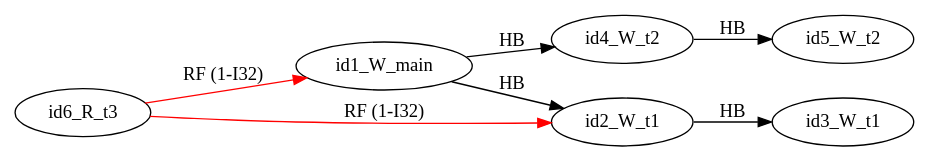
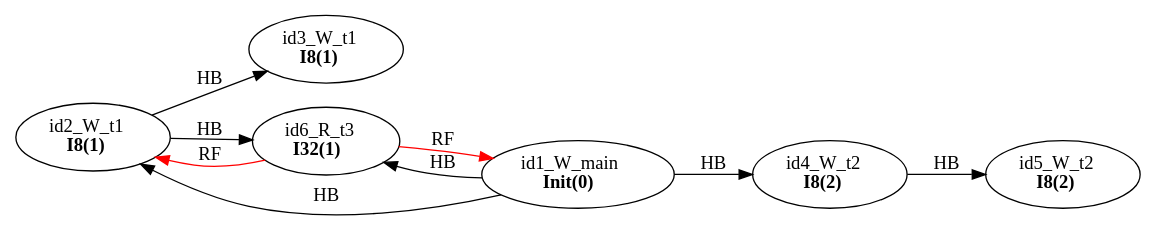
The diagram in examples/single_var/sv_simple11/mm2.dot (FMJS/EMME), drawn with Graphviz before and after one commit. The commit also changed 242 other files, not shown here.

```diff
--- a/examples/single_var/sv_simple11/mm2.dot
+++ b/examples/single_var/sv_simple11/mm2.dot
@@ -1,16 +1,18 @@
 digraph memory_model {
 rankdir=LR;
 splines=true; esep=0.5;
-id6_R_t3 -> id1_W_main [label = "RF (1-I32)", color="red"];
-id6_R_t3 -> id2_W_t1 [label = "RF (1-I32)", color="red"];
 id2_W_t1 -> id3_W_t1 [label = "HB", color="black"];
 id4_W_t2 -> id5_W_t2 [label = "HB", color="black"];
 id1_W_main -> id2_W_t1 [label = "HB", color="black"];
 id1_W_main -> id4_W_t2 [label = "HB", color="black"];
-id1_W_main [pos="5.0,4!"]
-id2_W_t1 [pos="0,2!"]
-id3_W_t1 [pos="0,0!"]
-id4_W_t2 [pos="5,2!"]
-id5_W_t2 [pos="5,0!"]
-id6_R_t3 [pos="10,2!"]
+id1_W_main -> id6_R_t3 [label = "HB", color="black"];
+id2_W_t1 -> id6_R_t3 [label = "HB", color="black"];
+id6_R_t3 -> id1_W_main [label = "RF", color="red"];
+id6_R_t3 -> id2_W_t1 [label = "RF", color="red"];
+id1_W_main [label=<id1_W_main<br/><B>Init(0)</B>>, pos="5.0,4!"]
+id2_W_t1 [label=<id2_W_t1<br/><B>I8(1)</B>>, pos="0,2!"]
+id3_W_t1 [label=<id3_W_t1<br/><B>I8(1)</B>>, pos="0,0!"]
+id4_W_t2 [label=<id4_W_t2<br/><B>I8(2)</B>>, pos="5,2!"]
+id5_W_t2 [label=<id5_W_t2<br/><B>I8(2)</B>>, pos="5,0!"]
+id6_R_t3 [label=<id6_R_t3<br/><B>I32(1)</B>>, pos="10,2!"]
 }
```
